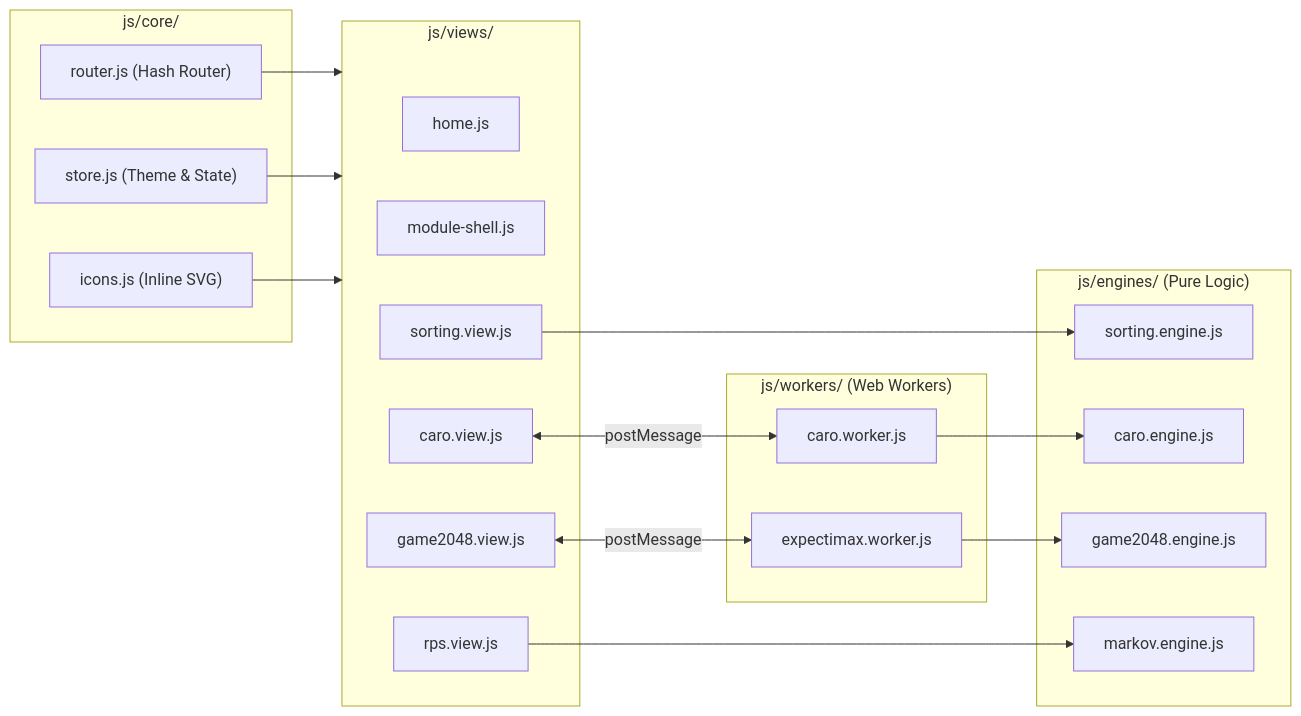
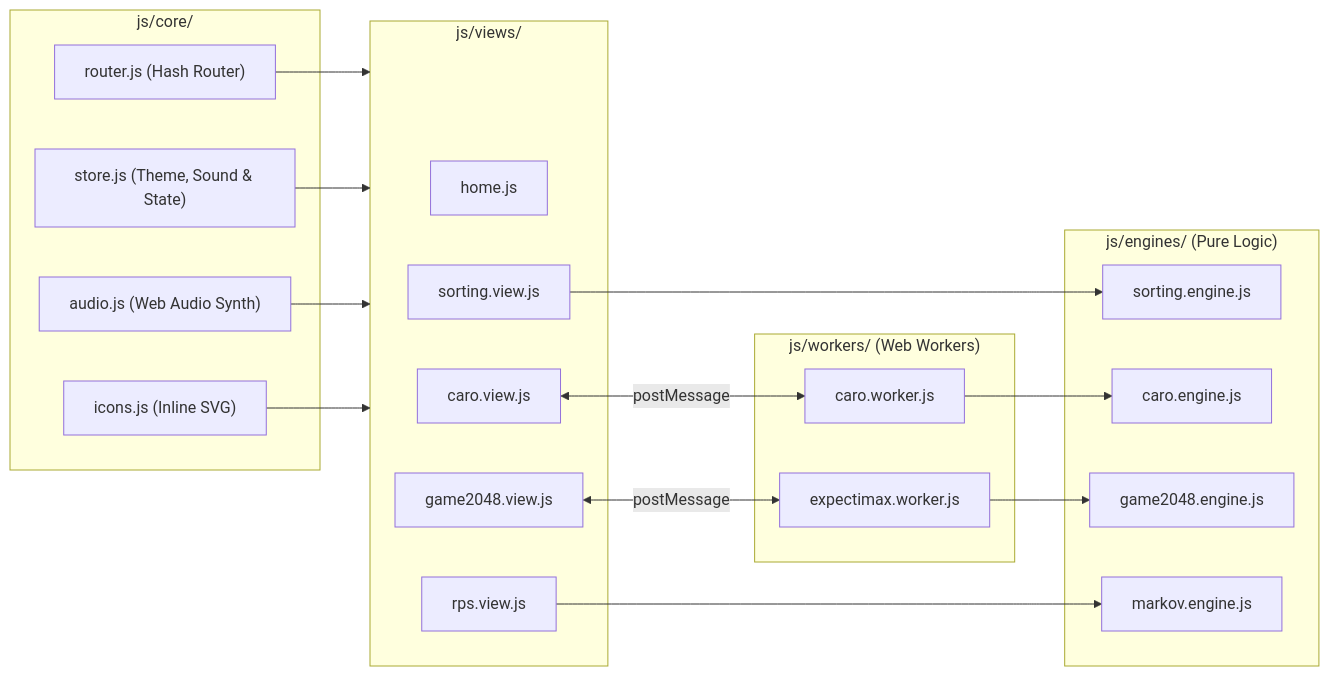
Before and after one commit to huykhiemm/arcarde: the diagram in README.md, drawn with Mermaid. The commit also changed other lines of this file and 14 other files, not shown here.

Commit message:
feat(ui): ship v4.2 kinetic monograph, unified audio synth and author colophon

````diff
--- a/README.md
+++ b/README.md
@@ -24,39 +29,40 @@
 ```mermaid
 flowchart LR
     subgraph Core["js/core/"]
         Router["router.js (Hash Router)"]
-        Store["store.js (Theme & State)"]
+        Store["store.js (Theme, Sound & State)"]
+        Audio["audio.js (Web Audio Synth)"]
         Icons["icons.js (Inline SVG)"]
     end
 
     subgraph Views["js/views/"]
         Home["home.js"]
-        Shell["module-shell.js"]
         SortV["sorting.view.js"]
         CaroV["caro.view.js"]
         G2048V["game2048.view.js"]
         RpsV["rps.view.js"]
     end
 
     subgraph Engines["js/engines/ (Pure Logic)"]
         SortE["sorting.engine.js"]
         CaroE["caro.engine.js"]
         G2048E["game2048.engine.js"]
         MarkovE["markov.engine.js"]
     end
 
     subgraph Workers["js/workers/ (Web Workers)"]
         CaroW["caro.worker.js"]
         ExpW["expectimax.worker.js"]
     end
 
     Router --> Views
     Store --> Views
+    Audio --> Views
     Icons --> Views
     SortV --> SortE
     RpsV --> MarkovE
     CaroV <-->|postMessage| CaroW
     G2048V <-->|postMessage| ExpW
     CaroW --> CaroE
     ExpW --> G2048E
 ```
````
